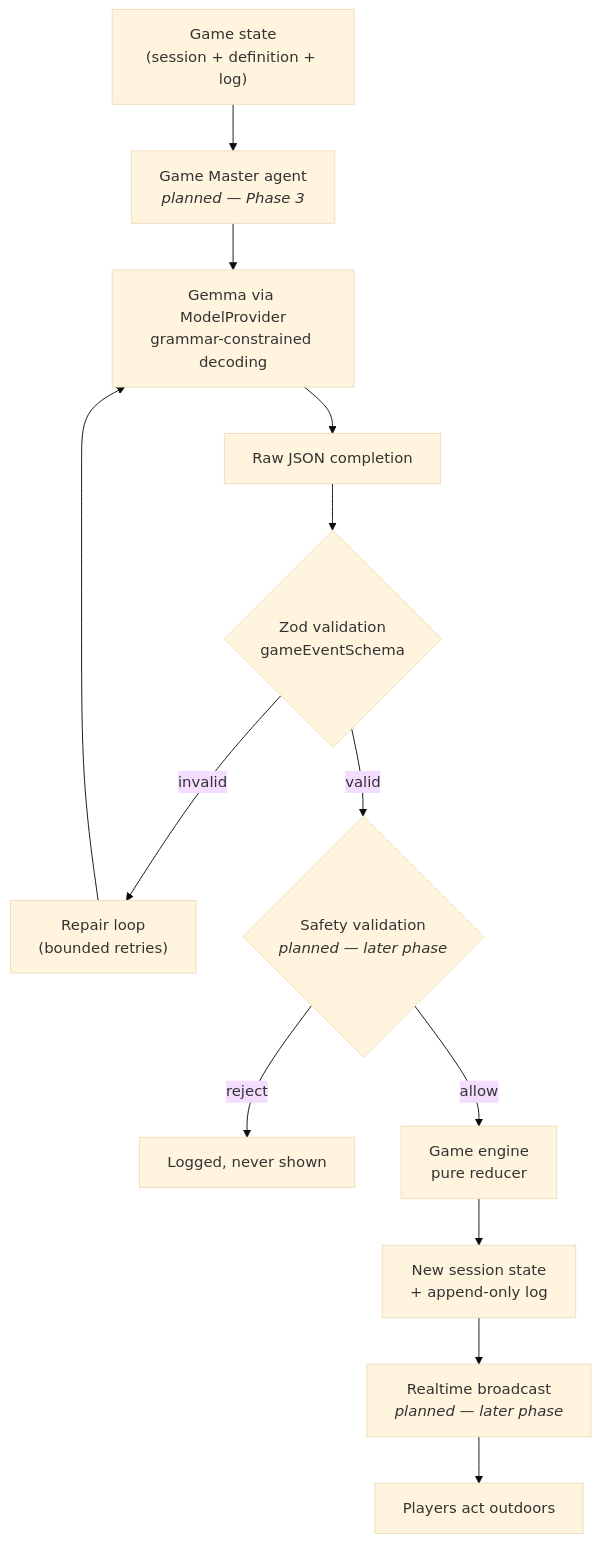
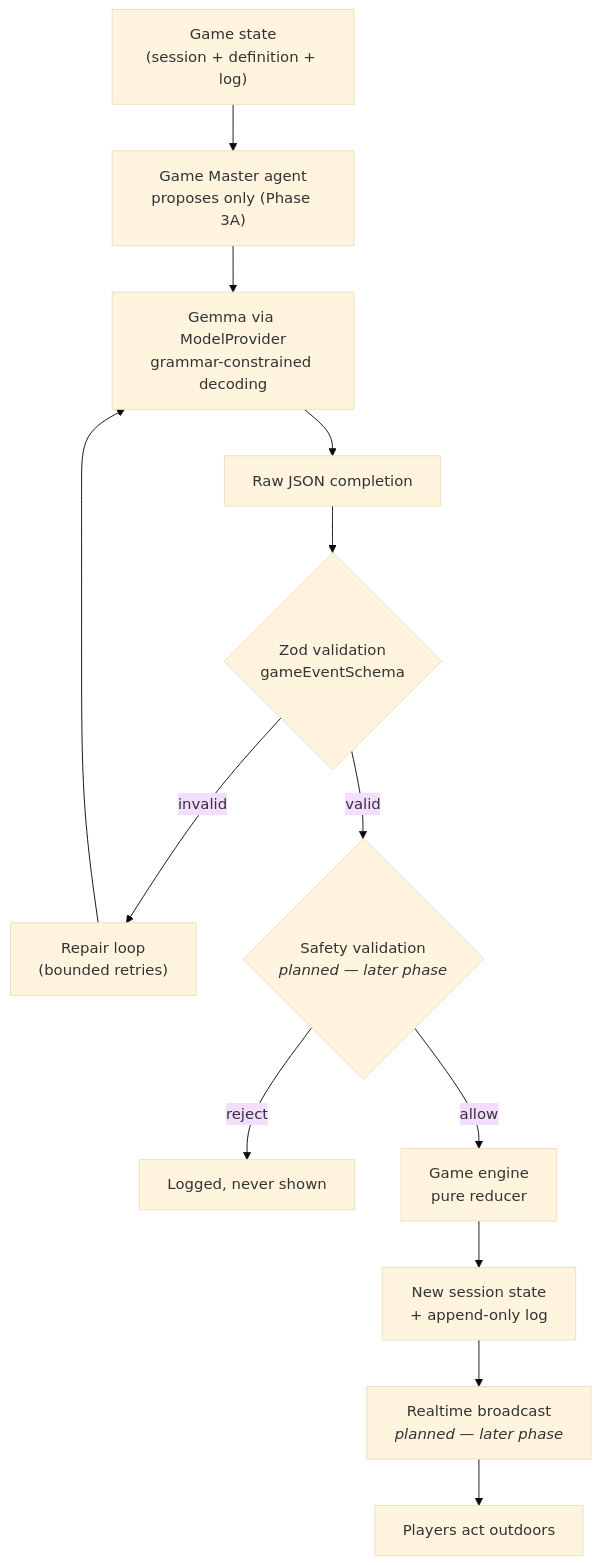
The first of 9 diagrams in ARCHITECTURE.md (SHWETANK-SAURABH/touchgrass-game-master), drawn with Mermaid (base theme) before and after one commit. The commit also changed other lines of this file and 25 other files, not shown here.

First line of the commit message:
feat(ai): validate real Gemma game-master proposals

````diff
--- a/ARCHITECTURE.md
+++ b/ARCHITECTURE.md
@@ -78,20 +78,20 @@
 ```mermaid
 flowchart TD
     State["Game state<br/>(session + definition + log)"] --> Agent
-    Agent["Game Master agent<br/><i>planned — Phase 3</i>"] --> Model
+    Agent["Game Master agent<br/>proposes only (Phase 3A)"] --> Model
     Model["Gemma via ModelProvider<br/>grammar-constrained decoding"] --> Raw
 
     Raw["Raw JSON completion"] --> Zod
     Zod{"Zod validation<br/>gameEventSchema"}
     Zod -- invalid --> Repair["Repair loop<br/>(bounded retries)"]
     Repair --> Model
     Zod -- valid --> Safety
 
     Safety{"Safety validation<br/><i>planned — later phase</i>"}
     Safety -- reject --> Audit["Logged, never shown"]
     Safety -- allow --> Engine
 
     Engine["Game engine<br/>pure reducer"] --> NewState["New session state<br/>+ append-only log"]
     NewState --> Broadcast["Realtime broadcast<br/><i>planned — later phase</i>"]
     Broadcast --> Players["Players act outdoors"]
 ```
````
